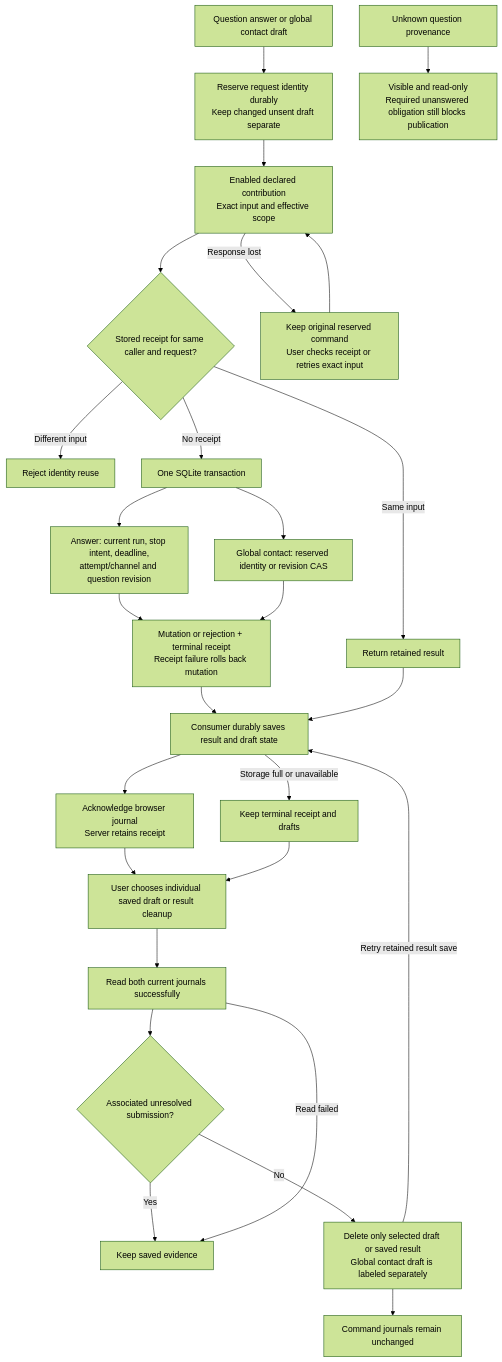
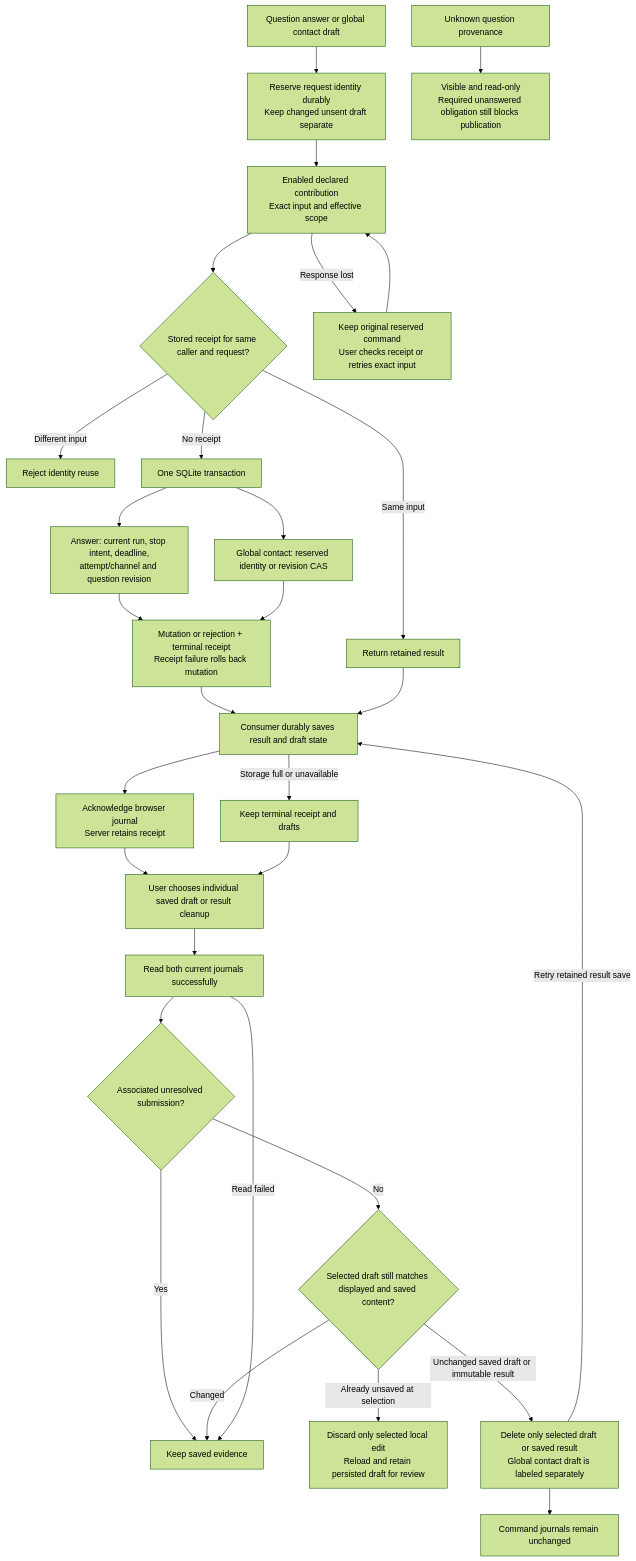
Before and after one commit to nloehlein-godaddy/helmsman: the fourth of 7 diagrams in docs/helmsman-process.md, drawn with Mermaid (forest theme). The commit also changed other lines of this file and 12 other files, not shown here.

````diff
--- a/docs/helmsman-process.md
+++ b/docs/helmsman-process.md
@@ -84,29 +84,32 @@
 ```mermaid
 flowchart TD
     Draft[Question answer or global contact draft] --> Reserve[Reserve request identity durably<br/>Keep changed unsent draft separate]
     Reserve --> Submit[Enabled declared contribution<br/>Exact input and effective scope]
     Submit --> Prior{Stored receipt for same caller and request?}
     Prior -->|Same input| Replay[Return retained result]
     Prior -->|Different input| Conflict[Reject identity reuse]
     Prior -->|No receipt| Transaction[One SQLite transaction]
     Transaction --> Question[Answer: current run, stop intent, deadline,<br/>attempt/channel and question revision]
     Transaction --> Contact[Global contact: reserved identity or revision CAS]
     Question --> Result[Mutation or rejection + terminal receipt<br/>Receipt failure rolls back mutation]
     Contact --> Result
     Result --> Save[Consumer durably saves result and draft state]
     Replay --> Save
     Save --> Ack[Acknowledge browser journal<br/>Server retains receipt]
     Ack --> Cleanup[User chooses individual saved draft or result cleanup]
     Save -->|Storage full or unavailable| RetainResult[Keep terminal receipt and drafts]
     RetainResult --> Cleanup
     Cleanup --> ReadJournal[Read both current journals successfully]
     ReadJournal --> Protected{Associated unresolved submission?}
     Protected -->|Yes| Keep[Keep saved evidence]
-    Protected -->|No| Remove[Delete only selected draft or saved result<br/>Global contact draft is labeled separately]
+    Protected -->|No| Unchanged{Selected draft still matches displayed and saved content?}
+    Unchanged -->|Changed| Keep
+    Unchanged -->|Already unsaved at selection| Local[Discard only selected local edit<br/>Reload and retain persisted draft for review]
+    Unchanged -->|Unchanged saved draft or immutable result| Remove[Delete only selected draft or saved result<br/>Global contact draft is labeled separately]
     ReadJournal -->|Read failed| Keep
     Remove --> Journals[Command journals remain unchanged]
     Remove -->|Retry retained result save| Save
     Submit -->|Response lost| Pending[Keep original reserved command<br/>User checks receipt or retries exact input]
     Pending --> Submit
     Legacy[Unknown question provenance] --> ReadOnly[Visible and read-only<br/>Required unanswered obligation still blocks publication]
 ```
````
